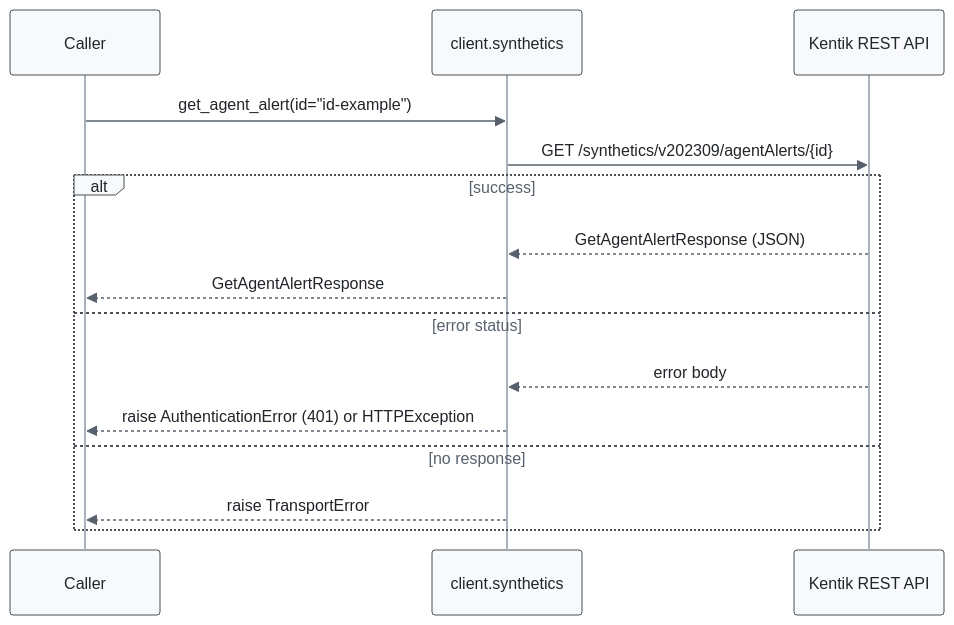
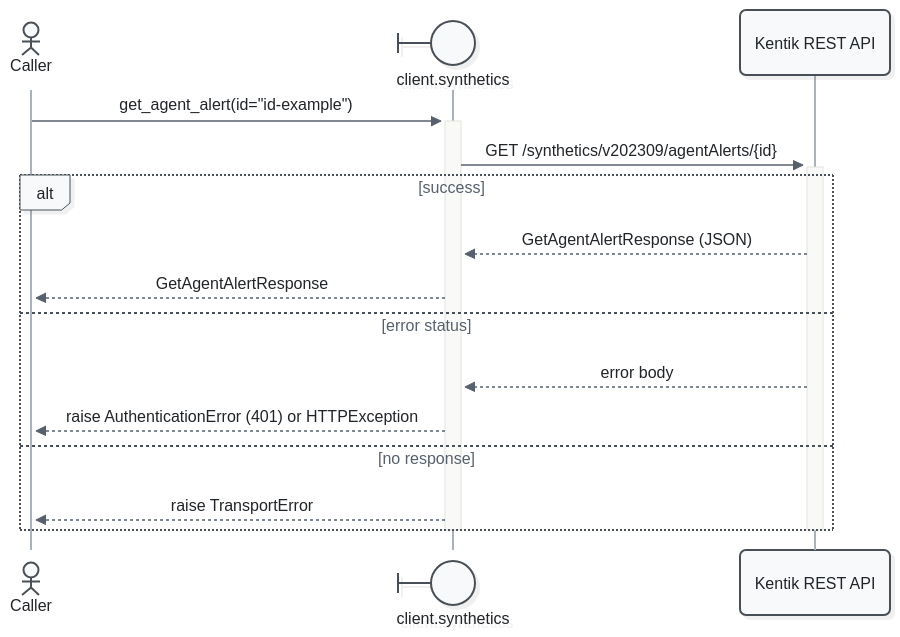
Before and after one commit to alexdearaujo/community_sdk_python: the fifth of 37 diagrams in docs/sphinx/services/synthetics.md, drawn with Mermaid. The commit also changed other lines of this file and 52 other files, not shown here.

First line of the commit message:
docs: Mermaid 12 sequence diagrams with participant types and path colors

````diff
--- a/docs/sphinx/services/synthetics.md
+++ b/docs/sphinx/services/synthetics.md
@@ -190,19 +200,21 @@
 ```mermaid
-%%{init: {"theme": "base", "fontFamily": "ui-monospace, SFMono-Regular, Menlo, monospace", "themeVariables": {"fontFamily": "ui-monospace, SFMono-Regular, Menlo, monospace", "primaryColor": "#f8f9fa", "primaryBorderColor": "#495057", "primaryTextColor": "#212529", "textColor": "#212529", "lineColor": "#77818c", "edgeLabelBackground": "#ffffff", "actorBkg": "#f8f9fa", "actorBorder": "#495057", "actorTextColor": "#212529", "actorLineColor": "#a9b3be", "signalColor": "#57616d", "signalTextColor": "#212529", "labelBoxBkgColor": "#f8f9fa", "labelBoxBorderColor": "#495057", "labelTextColor": "#212529", "loopTextColor": "#57616d", "noteBkgColor": "#fff9db", "noteBorderColor": "#f08c00", "noteTextColor": "#a35a00"}, "flowchart": {"curve": "step", "nodeSpacing": 30, "rankSpacing": 70, "wrappingWidth": 400}}}%%
+%%{init: {"theme": "redux", "look": "neo", "layout": "dagre", "fontFamily": "ui-monospace, SFMono-Regular, Menlo, monospace", "themeVariables": {"fontFamily": "ui-monospace, SFMono-Regular, Menlo, monospace", "primaryColor": "#f8f9fa", "primaryBorderColor": "#495057", "primaryTextColor": "#212529", "textColor": "#212529", "lineColor": "#77818c", "edgeLabelBackground": "#ffffff", "actorBkg": "#f8f9fa", "actorBorder": "#495057", "actorTextColor": "#212529", "actorLineColor": "#a9b3be", "signalColor": "#57616d", "signalTextColor": "#212529", "labelBoxBkgColor": "#f8f9fa", "labelBoxBorderColor": "#495057", "labelTextColor": "#212529", "loopTextColor": "#57616d", "noteBkgColor": "#fff9db", "noteBorderColor": "#f08c00", "noteTextColor": "#a35a00"}, "sequence": {"activationWidth": 16}, "flowchart": {"curve": "step", "nodeSpacing": 30, "rankSpacing": 70, "wrappingWidth": 400}}}%%
 sequenceDiagram
-    participant C as Caller
-    participant W as client.synthetics
+    actor C as Caller
+    participant W@{ "type": "boundary" } as client.synthetics
     participant API as Kentik REST API
 
-    C->>W: get_agent_alert(id="id-example")
-    W->>API: GET /synthetics/v202309/agentAlerts/{id}
+    C->>+W: get_agent_alert(id="id-example")
+    W->>+API: GET /synthetics/v202309/agentAlerts/{id}
     alt success
         API-->>W: GetAgentAlertResponse (JSON)
         W-->>C: GetAgentAlertResponse
     else error status
         API-->>W: error body
         W-->>C: raise AuthenticationError (401) or HTTPException
     else no response
         W-->>C: raise TransportError
     end
+    deactivate API
+    deactivate W
 ```
````
